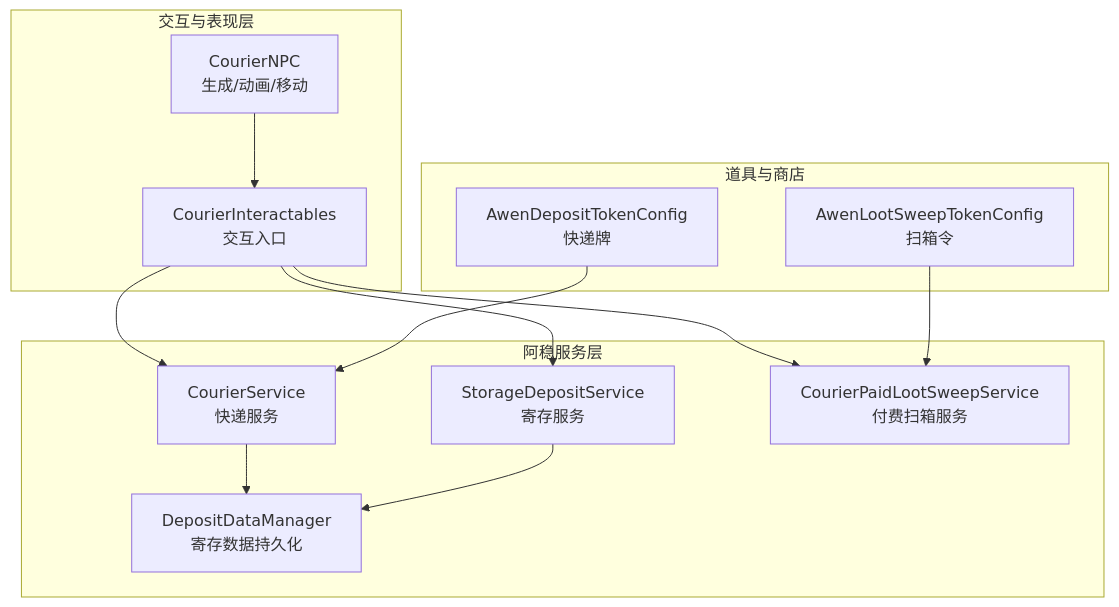
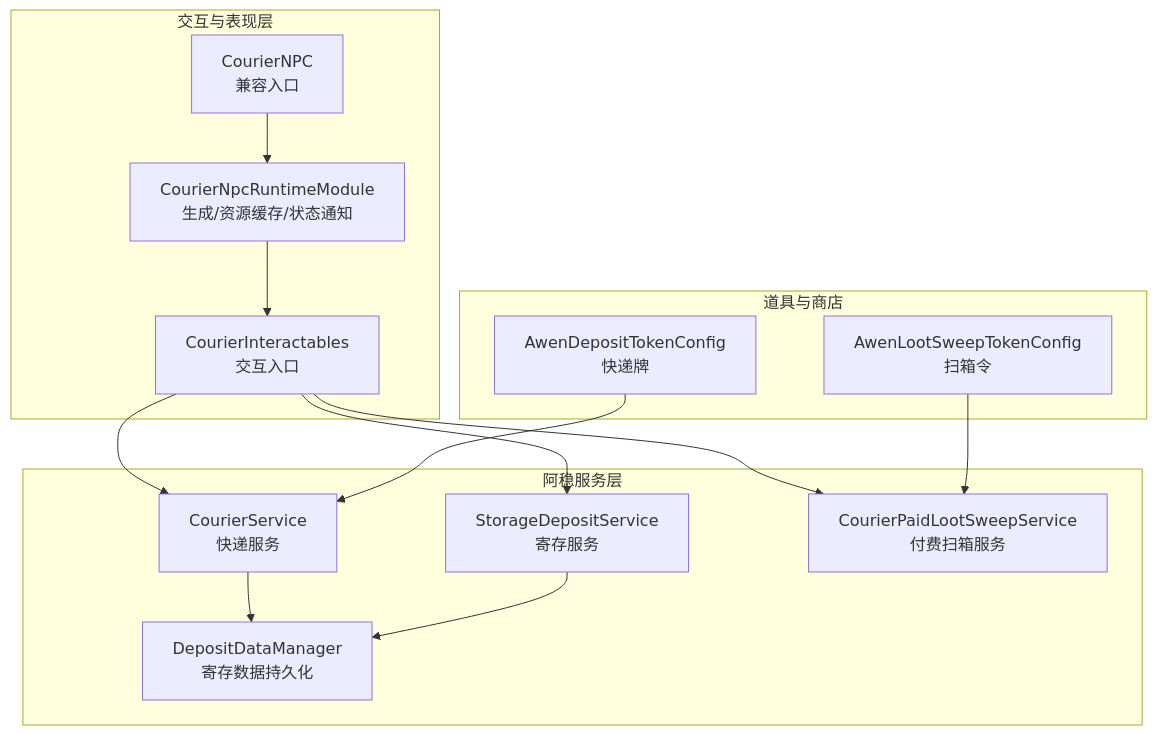
Before and after one commit to GASEN1216/BossRushMod: the first of 6 diagrams in .qoder/repowiki/zh/content/NPC 关系系统/阿稳（快递员）.md, drawn with Mermaid. The commit also changed other lines of this file and 98 other files, not shown here.

````diff
--- a/.qoder/repowiki/zh/content/NPC 关系系统/阿稳（快递员）.md
+++ b/.qoder/repowiki/zh/content/NPC 关系系统/阿稳（快递员）.md
@@ -47,25 +53,27 @@
 ```mermaid
 graph TB
 subgraph "阿稳服务层"
 CS["CourierService<br/>快递服务"]
 SDS["StorageDepositService<br/>寄存服务"]
 CPS["CourierPaidLootSweepService<br/>付费扫箱服务"]
 DDM["DepositDataManager<br/>寄存数据持久化"]
 end
 subgraph "交互与表现层"
 CI["CourierInteractables<br/>交互入口"]
-CN["CourierNPC<br/>生成/动画/移动"]
+CN["CourierNPC<br/>兼容入口"]
+CRM["CourierNpcRuntimeModule<br/>生成/资源缓存/状态通知"]
 end
 subgraph "道具与商店"
 ADT["AwenDepositTokenConfig<br/>快递牌"]
 ALT["AwenLootSweepTokenConfig<br/>扫箱令"]
 end
 CI --> CS
 CI --> SDS
 CI --> CPS
 CS --> DDM
 SDS --> DDM
 ADT --> CS
 ALT --> CPS
-CN --> CI
+CN --> CRM
+CRM --> CI
 ```
````
